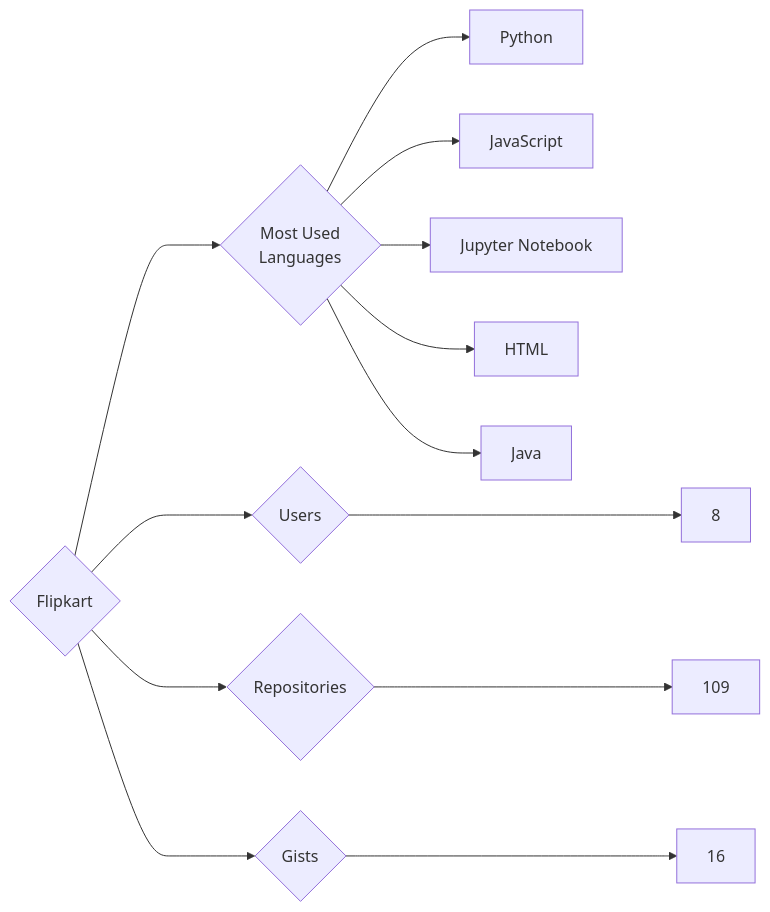
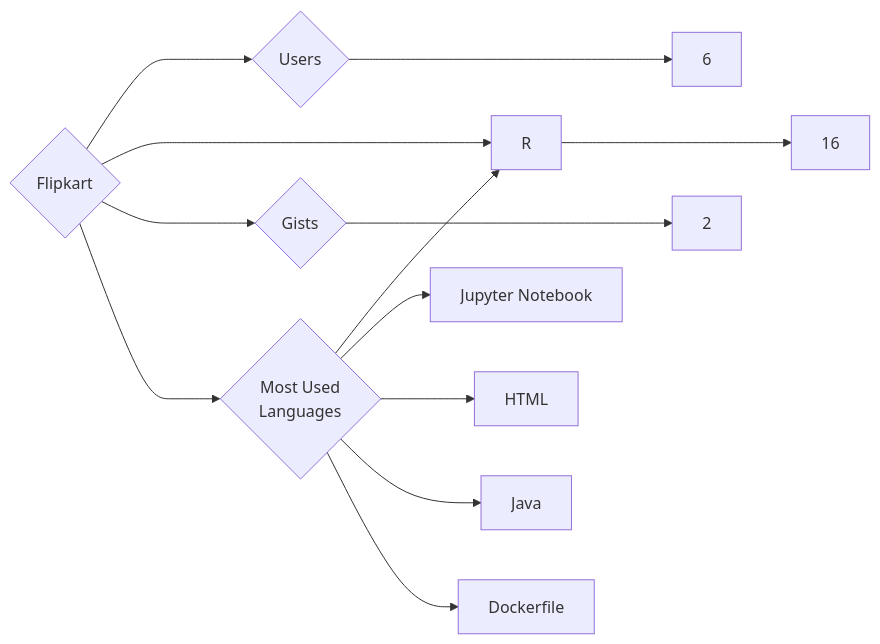
One commit to trickest/insiders changed the diagram in targets/Flipkart/README.md. Above: the diagram before and after it, drawn with Mermaid. The commit also changed 1092 other files, not shown here.

````diff
--- a/targets/Flipkart/README.md
+++ b/targets/Flipkart/README.md
@@ -3,13 +3,13 @@
 ```mermaid
 graph LR
 COMPANY_NAME{Flipkart}
-COMPANY_NAME ---> U{Users} ---> UN[8]
-COMPANY_NAME ---> R{Repositories} ---> RN[109]
-COMPANY_NAME ---> G{Gists} ---> GN[16]
+COMPANY_NAME ---> U{Users} ---> UN[6]
+COMPANY_NAME ---> R{Repositories} ---> RN[16]
+COMPANY_NAME ---> G{Gists} ---> GN[2]
 COMPANY_NAME ---> ML{Most Used<br>Languages}
-ML --> Python[Python]
-ML --> JavaScript[JavaScript]
+ML --> R[R]
 ML --> Jupyter_Notebook[Jupyter Notebook]
 ML --> HTML[HTML]
 ML --> Java[Java]
+ML --> Dockerfile[Dockerfile]
 ```
````
